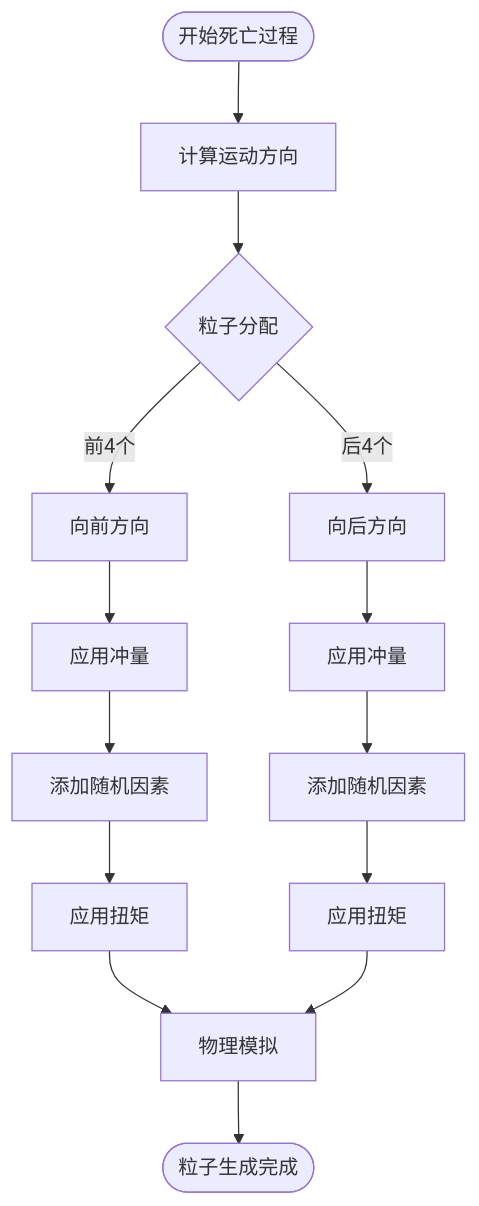
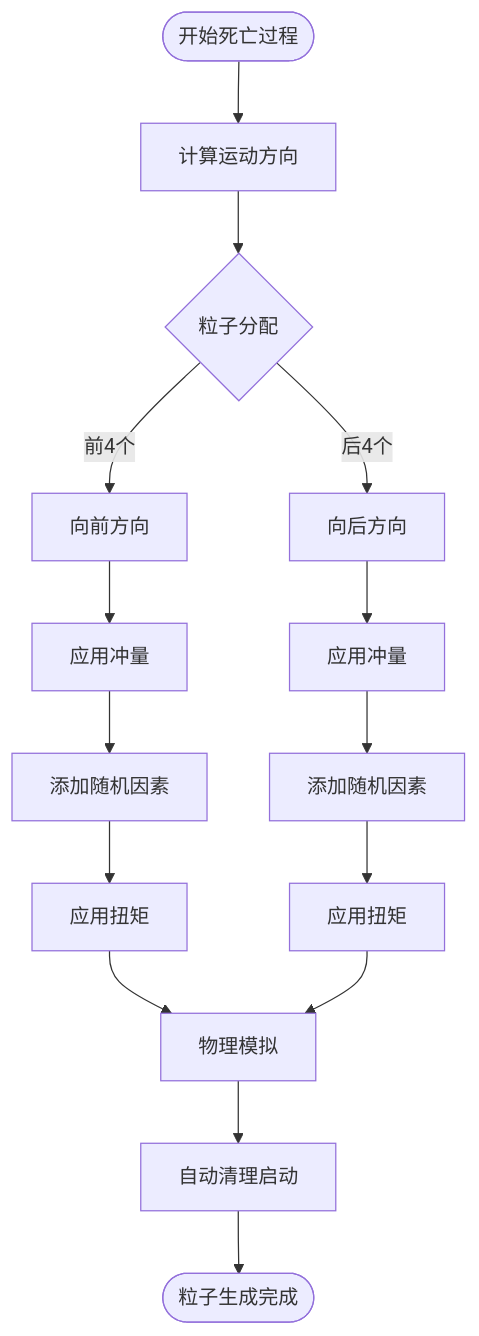
One commit to godotline/godot-line changed the sixth of 10 diagrams in .qoder/repowiki/zh/content/游戏系统/触发器系统/特殊效果触发器/死亡粒子系统.md. Above: the diagram before and after it, drawn with Mermaid. The commit also changed other lines of this file and 28 other files, not shown here.

````diff
--- a/.qoder/repowiki/zh/content/游戏系统/触发器系统/特殊效果触发器/死亡粒子系统.md
+++ b/.qoder/repowiki/zh/content/游戏系统/触发器系统/特殊效果触发器/死亡粒子系统.md
@@ -200,16 +262,17 @@
 ```mermaid
 flowchart TD
 Start([开始死亡过程]) --> CalcDir[计算运动方向]
 CalcDir --> SplitDir{粒子分配}
 SplitDir --> |前4个| ForwardDir[向前方向]
 SplitDir --> |后4个| BackwardDir[向后方向]
 ForwardDir --> ApplyImpulse1[应用冲量]
 BackwardDir --> ApplyImpulse2[应用冲量]
 ApplyImpulse1 --> AddRandom1[添加随机因素]
 ApplyImpulse2 --> AddRandom2[添加随机因素]
 AddRandom1 --> ApplyTorque1[应用扭矩]
 AddRandom2 --> ApplyTorque2[应用扭矩]
 ApplyTorque1 --> PhysicsSim[物理模拟]
 ApplyTorque2 --> PhysicsSim
-PhysicsSim --> End([粒子生成完成])
+PhysicsSim --> AutoClean[自动清理启动]
+AutoClean --> End([粒子生成完成])
 ```
````
